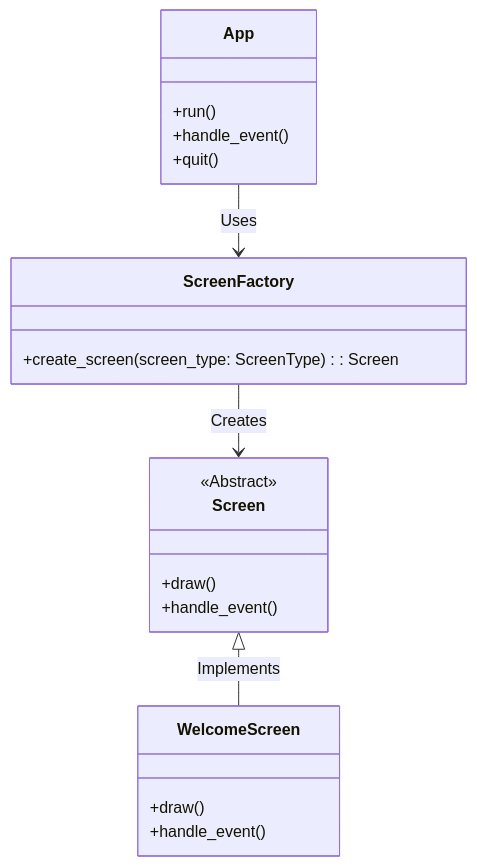
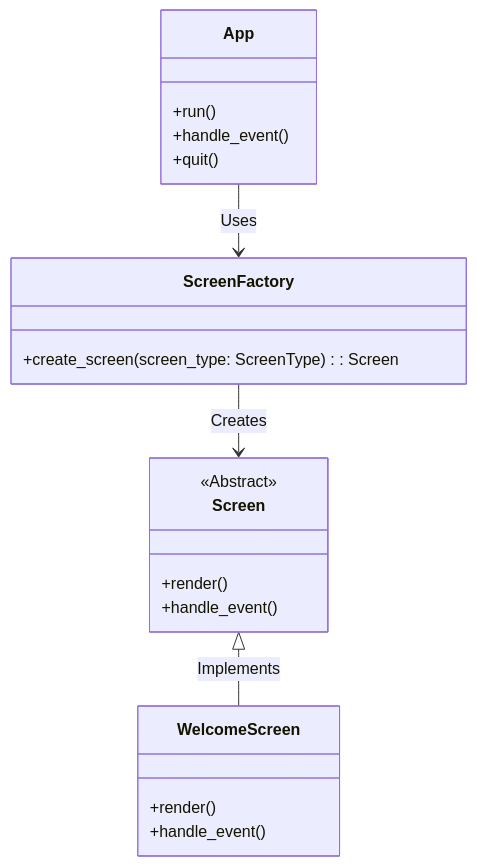
Before and after one commit to Phastboy/drawing: the diagram in README.md, drawn with Mermaid.

````diff
--- a/README.md
+++ b/README.md
@@ -4,28 +4,28 @@
 ``` mermaid
 classDiagram
     direction TB
     class App {
         +run()
         +handle_event()
         +quit()
     }
 
     class Screen {
         <<Abstract>>
-        +draw()
+        +render()
         +handle_event()
     }
 
     class WelcomeScreen {
-        +draw()
+        +render()
         +handle_event()
     }
 
     class ScreenFactory {
         +create_screen(screen_type: ScreenType): Screen
     }
 
     App --> ScreenFactory : Uses
     ScreenFactory --> Screen : Creates
     Screen <|-- WelcomeScreen : Implements
 ```
````
